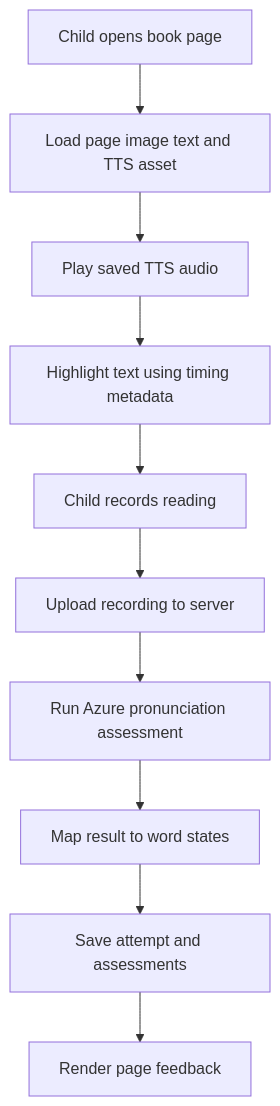
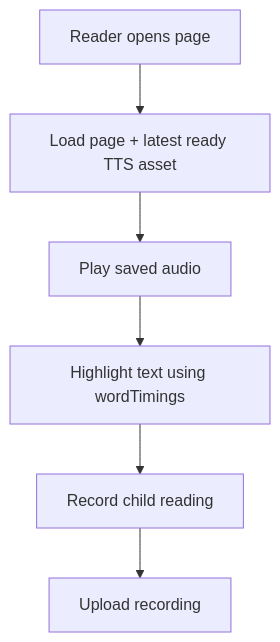
The third of 4 diagrams in doc/process-flows.md (soyojuny/kids-echo-reading), drawn with Mermaid before and after one commit. The commit also changed other lines of this file and 11 other files, not shown here.

````diff
--- a/doc/process-flows.md
+++ b/doc/process-flows.md
@@ -62,12 +64,8 @@
 ```mermaid
 flowchart TD
-  A["Child opens book page"] --> B["Load page image text and TTS asset"]
-  B --> C["Play saved TTS audio"]
-  C --> D["Highlight text using timing metadata"]
-  D --> E["Child records reading"]
-  E --> F["Upload recording to server"]
-  F --> G["Run Azure pronunciation assessment"]
-  G --> H["Map result to word states"]
-  H --> I["Save attempt and assessments"]
-  I --> J["Render page feedback"]
+  A["Reader opens page"] --> B["Load page + latest ready TTS asset"]
+  B --> C["Play saved audio"]
+  C --> D["Highlight text using wordTimings"]
+  D --> E["Record child reading"]
+  E --> F["Upload recording"]
 ```
````
